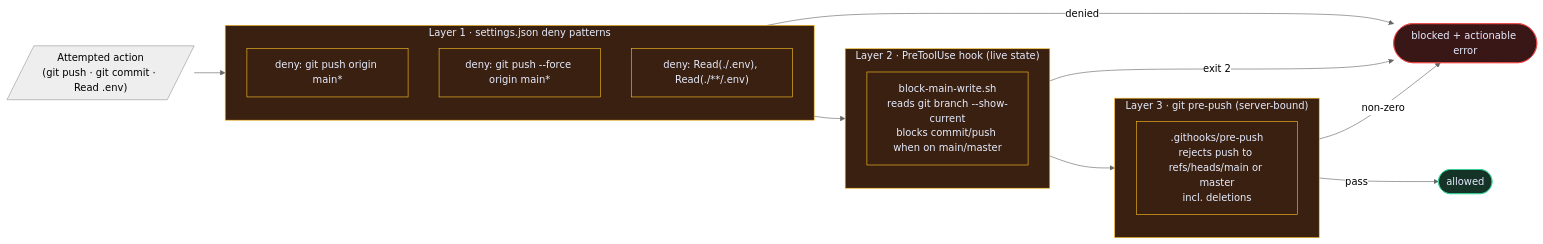
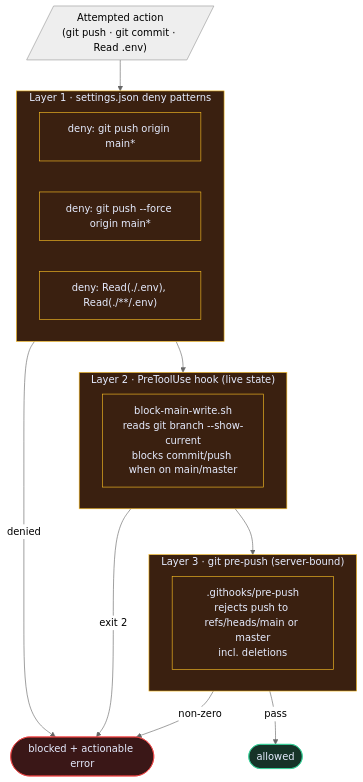
Before and after one commit to zanebarker-ops/cross-cloud-labs: the fourth of 8 diagrams in README.md, drawn with Mermaid (neutral theme). The commit also changed other lines of this file and 1 other file, not shown here.

First line of the commit message:
docs: make all 8 diagrams fit their frames without horizontal scroll

````diff
--- a/README.md
+++ b/README.md
@@ -287,34 +287,34 @@
 ```mermaid
-flowchart LR
+flowchart TB
   ATTEMPT[/"Attempted action<br/>(git push · git commit · Read .env)"/]
 
   subgraph L1["Layer 1 · settings.json deny patterns"]
     D1["deny: git push origin main*"]
     D2["deny: git push --force origin main*"]
     D3["deny: Read(./.env), Read(./**/.env)"]
   end
 
   subgraph L2["Layer 2 · PreToolUse hook (live state)"]
     H1["block-main-write.sh<br/>reads git branch --show-current<br/>blocks commit/push when on main/master"]
   end
 
   subgraph L3["Layer 3 · git pre-push (server-bound)"]
     G1[".githooks/pre-push<br/>rejects push to refs/heads/main or master<br/>incl. deletions"]
   end
 
   RESULT_OK([allowed])
   RESULT_BLOCK([blocked + actionable error])
 
   ATTEMPT --> L1 --> L2 --> L3
   L1 -- denied --> RESULT_BLOCK
   L2 -- exit 2 --> RESULT_BLOCK
   L3 -- non-zero --> RESULT_BLOCK
   L3 -- pass --> RESULT_OK
 
   classDef gate fill:#3a2010,stroke:#fbbf24,color:#e6ecff;
   classDef ok fill:#163328,stroke:#34d399,color:#e6ecff;
   classDef bad fill:#3a1717,stroke:#ef4444,color:#e6ecff;
   class L1,L2,L3,D1,D2,D3,H1,G1 gate;
   class RESULT_OK ok;
   class RESULT_BLOCK bad;
 ```
````
